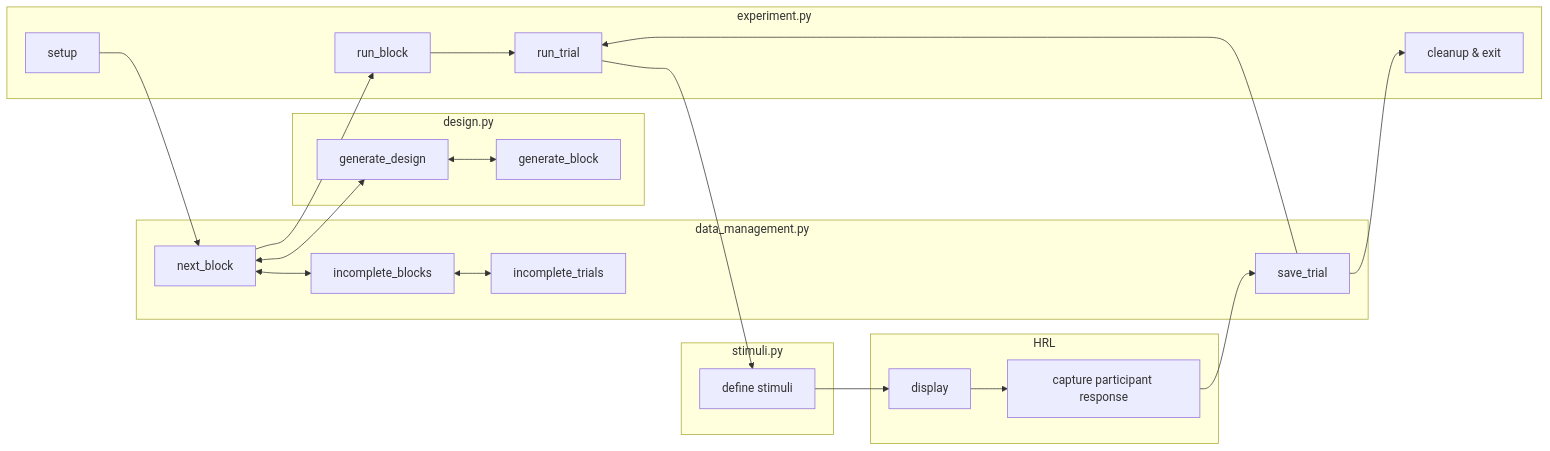
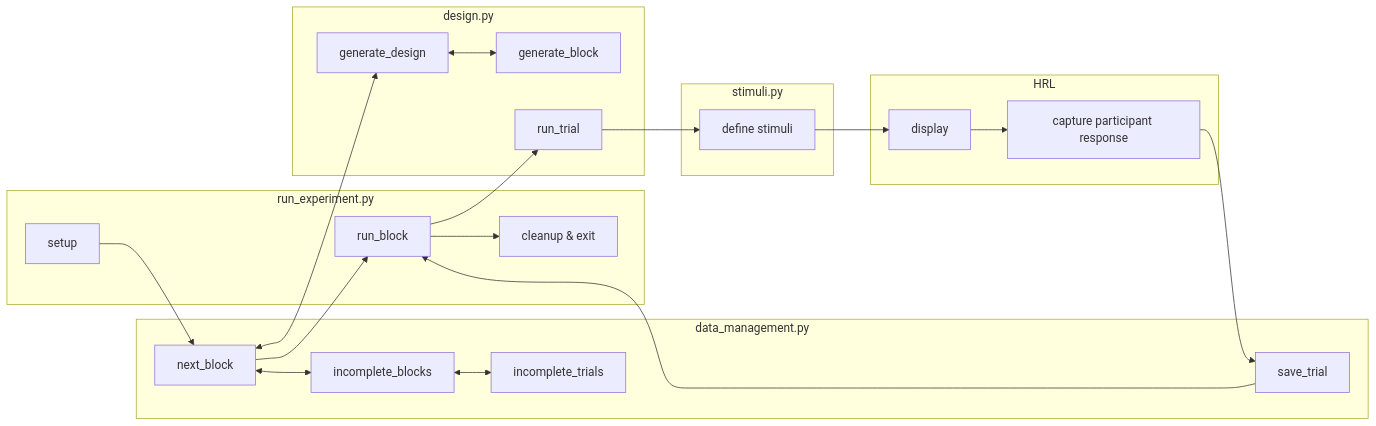
Before and after one commit to computational-psychology/template_experiment: the diagram in 3_managing_design_results/managing_results_design.md, drawn with Mermaid. The commit also changed other lines of this file and 3 other files, not shown here.

First line of the commit message:
More isolation: run_experiment.py, vs. design.py

````diff
--- a/3_managing_design_results/managing_results_design.md
+++ b/3_managing_design_results/managing_results_design.md
@@ -16,43 +16,44 @@
 ```mermaid
 graph LR;
     setup --> next_block --> run_block
     next_block <--> incomplete_blocks <--> incomplete_trials
     next_block <--> generate_design
     generate_design <--> generate_block
 
     run_block --> run_trial --> define --> display --> capture --> save_trial
-    save_trial --> run_trial
-    save_trial --> exit
+    save_trial --> run_block
+    run_block --> exit
 
     subgraph HRL
         display
         capture[capture participant response]
     end
 
     subgraph data_management.py
         incomplete_blocks
         incomplete_trials
 
         next_block
 
         save_trial
     end
 
-    subgraph design.py
-        generate_design
-        generate_block
-    end
-
     subgraph stimuli.py
         define[define stimuli]
     end
 
-    subgraph experiment.py
+    subgraph design.py
+        generate_design
+        generate_block
+
+        run_trial
+    end
+
+    subgraph run_experiment.py
         setup
 
         run_block
-        run_trial
 
         exit[cleanup & exit]
     end
 ```
````
